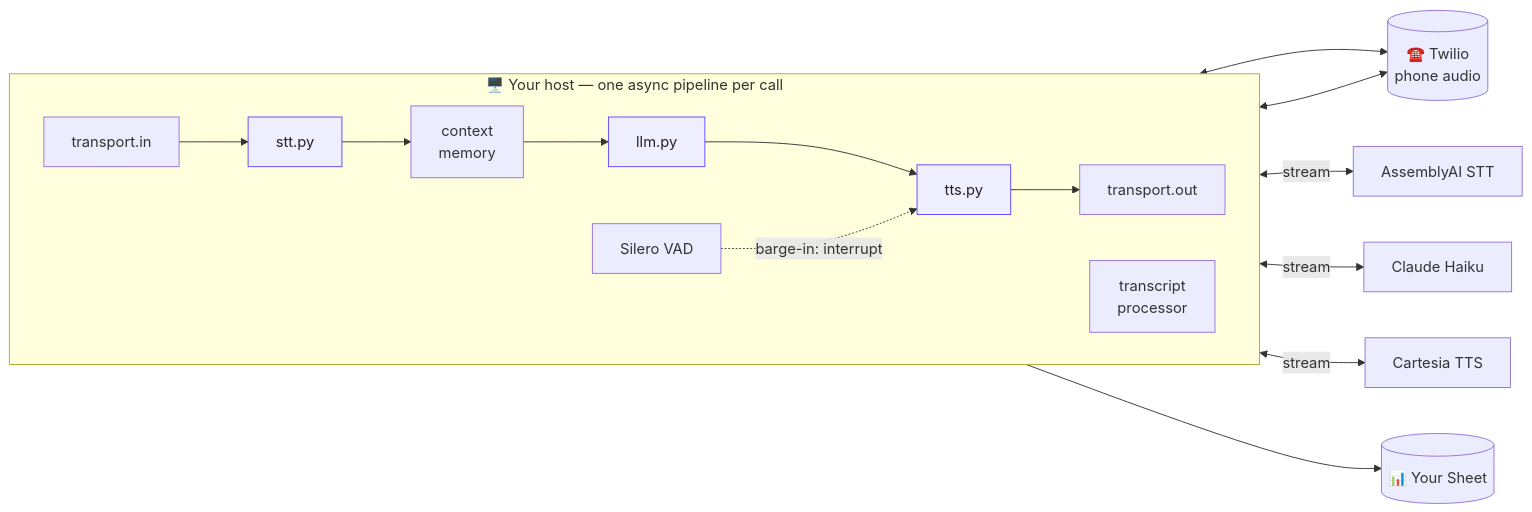
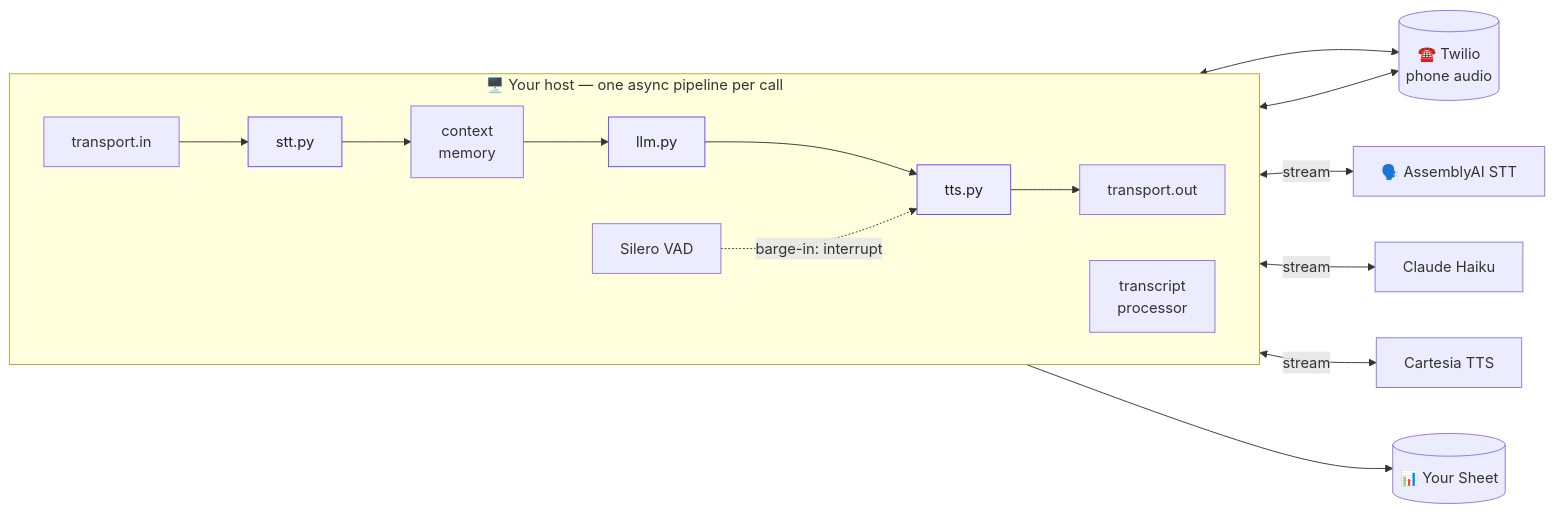
Before and after one commit to zhang-liz/OpenLine: the third of 3 diagrams in README.md, drawn with Mermaid.

````diff
--- a/README.md
+++ b/README.md
@@ -125,22 +125,22 @@
 ```mermaid
 flowchart LR
     Twilio[(☎️ Twilio<br/>phone audio)]
 
     subgraph host["🖥️ Your host — one async pipeline per call"]
         direction LR
         TIN[transport.in] --> STT[stt.py]
         STT --> CTX[context<br/>memory] --> LLM[llm.py] --> TTS[tts.py] --> TOUT[transport.out]
         VAD[Silero VAD] -. barge-in: interrupt .-> TTS
         TR[transcript<br/>processor]
     end
 
     Twilio <--> TIN
     TOUT <--> Twilio
-    STT <-->|stream| AAI[AssemblyAI STT]
+    STT <-->|stream| AAI[🗣️ AssemblyAI STT]
     LLM <-->|stream| CL[Claude Haiku]
     TTS <-->|stream| CART[Cartesia TTS]
     TR --> SHEET[(📊 Your Sheet)]
 
     classDef swap fill:#EEF,stroke:#5A45FF,color:#222;
     class STT,LLM,TTS swap;
 ```
````
